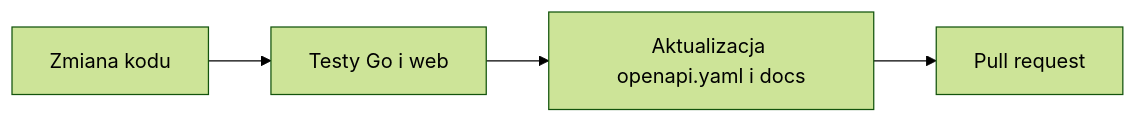
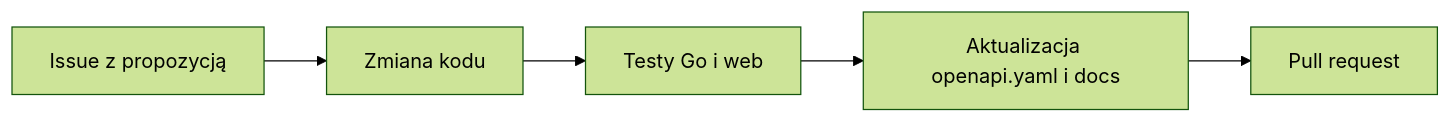
The diagram in CONTRIBUTING.md (MarcinCho/mealplan), drawn with Mermaid (forest theme) before and after one commit. The commit also changed other lines of this file and 11 other files, not shown here.

````diff
--- a/CONTRIBUTING.md
+++ b/CONTRIBUTING.md
@@ -12,6 +75,7 @@
 ```mermaid
 flowchart LR
-    A[Zmiana kodu] --> B[Testy Go i web]
-    B --> C[Aktualizacja openapi.yaml i docs]
-    C --> D[Pull request]
+    A[Issue z propozycją] --> B[Zmiana kodu]
+    B --> C[Testy Go i web]
+    C --> D[Aktualizacja openapi.yaml i docs]
+    D --> E[Pull request]
 ```
````
